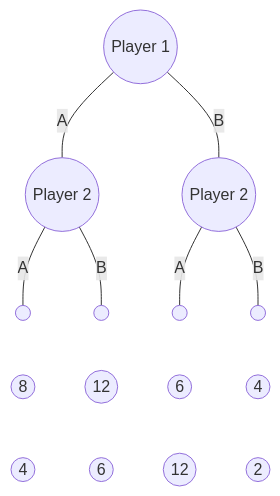
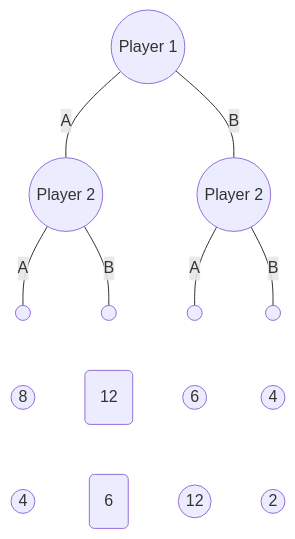
Diagram 16 of 17 in chapter6.md (EC-BingChilling/Summer2023), drawn with Mermaid before and after one commit. The commit also changed other lines of this file, not shown here.

````diff
--- a/chapter6.md
+++ b/chapter6.md
@@ -1059,17 +1067,17 @@
 ```mermaid
 graph TD;
     Root(("Player 1")) -- A --- A(("Player 2"))
     Root(("Player 1")) -- B --- B(("Player 2"))
     A(("Player 2")) -- A --- A1(( ))
     A(("Player 2")) -- B --- B1(( ))
     B(("Player 2")) -- A --- A2(( ))
     B(("Player 2")) -- B --- B2(( ))
     A1(( )) ~~~ 8((8))
     8((8)) ~~~ 4((4))
-    B1(( )) ~~~ 12((12))
-    12((12)) ~~~ 6((6))
+    B1(( )) ~~~ 12(12)
+    12(12) ~~~ 6(6)
     A2(( )) ~~~ 6_1((6))
     6_1((6)) ~~~ 121((12))
     B2(( )) ~~~ 41((4))
     41((4)) ~~~ 2((2))
 ```
````
